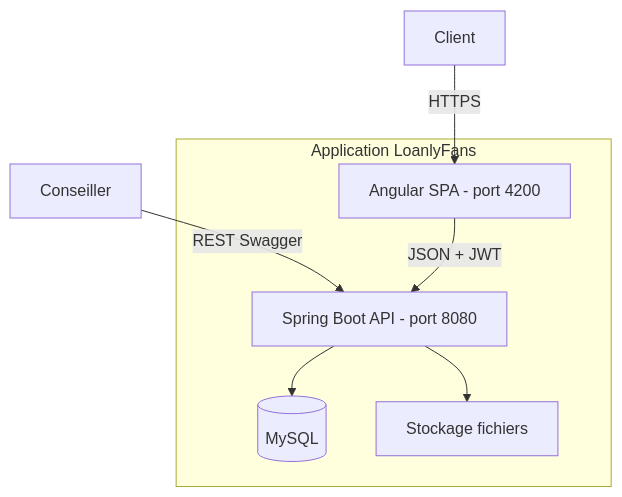
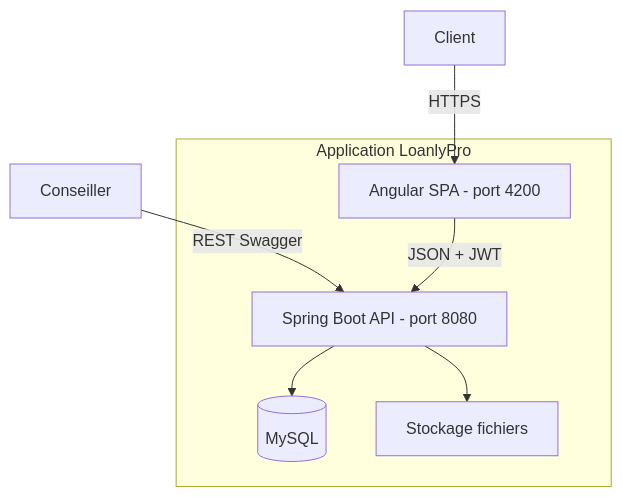
Before and after one commit to youssefhergal/loanlypro: the diagram in wiki/projet/01-vue-ensemble-architecture.md, drawn with Mermaid. The commit also changed other lines of this file and 26 other files, not shown here.

````diff
--- a/wiki/projet/01-vue-ensemble-architecture.md
+++ b/wiki/projet/01-vue-ensemble-architecture.md
@@ -21,16 +21,16 @@
 ```mermaid
 flowchart TB
   client[Client]
   conseiller[Conseiller]
-  subgraph app [Application LoanlyFans]
+  subgraph app [Application LoanlyPro]
     front[Angular SPA - port 4200]
     api[Spring Boot API - port 8080]
     db[(MySQL)]
     fs[Stockage fichiers]
   end
   client -->|HTTPS| front
   conseiller -->|REST Swagger| api
   front -->|JSON + JWT| api
   api --> db
   api --> fs
 ```
````
